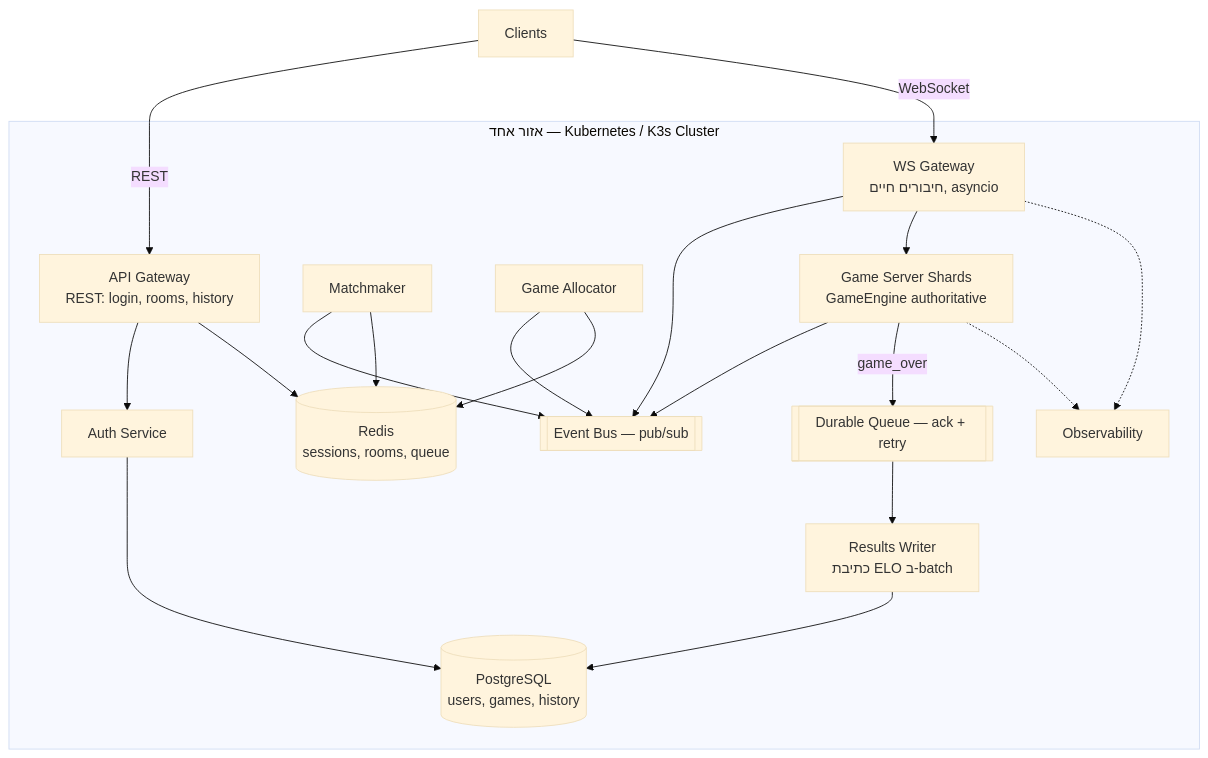
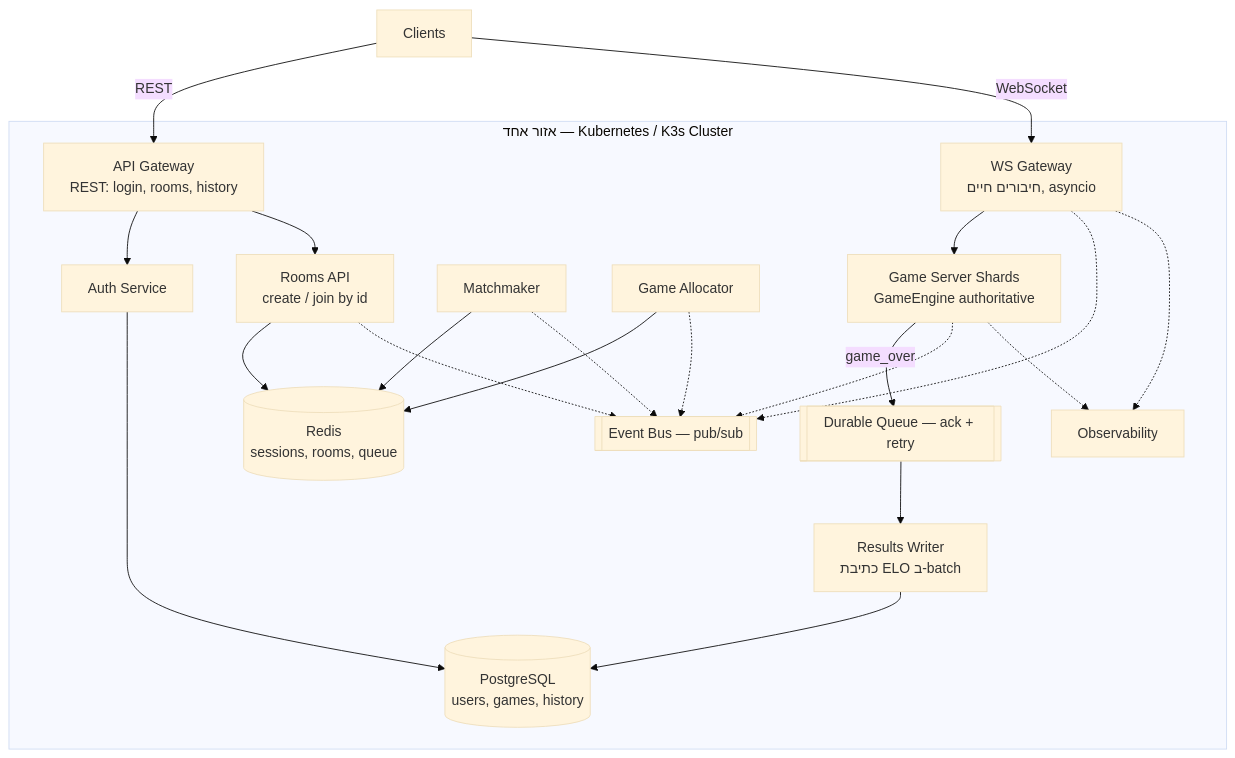
One commit to lea-zukerman/KF-Chess changed the diagram in Server_Design.md. Above: the diagram before and after it, drawn with Mermaid (base theme). The commit also changed other lines of this file, not shown here.

Commit message:
Server_Design: promote Rooms API to a real component, mark control paths
Rooms was inconsistent: 5.3 and the code mapping both referred to a
"Rooms API" that appeared in neither the diagram nor the component
table, so room handling was silently folded into the API Gateway. It is
now a component in its own right — box, table row, Redis registry with
TTL as its state — and the API Gateway is described as routing to Auth
and Rooms rather than handling rooms itself.

The diagram also drew every edge the same way, which hid the fact that
the event bus carries coordination rather than game data. Data flow is
now solid and control/coordination/monitoring is dashed, with a legend
under the diagram. Reading it, the game path is plainly WS to shards,
results go shards to queue to writer to Postgres, and everything
touching the bus is control.

````diff
--- a/Server_Design.md
+++ b/Server_Design.md
@@ -113,37 +113,41 @@
 ```mermaid
 flowchart TB
     C[Clients]
 
     subgraph region["אזור אחד — Kubernetes / K3s Cluster"]
         API[API Gateway<br/>REST: login, rooms, history]
         WS[WS Gateway<br/>חיבורים חיים, asyncio]
         AUTH[Auth Service]
+        ROOMS[Rooms API<br/>create / join by id]
         MM[Matchmaker]
         ALLOC[Game Allocator]
         BUS[[Event Bus — pub/sub]]
         MQ[[Durable Queue — ack + retry]]
         SHARDS[Game Server Shards<br/>GameEngine authoritative]
         RW[Results Writer<br/>כתיבת ELO ב-batch]
         PG[(PostgreSQL<br/>users, games, history)]
         RD[(Redis<br/>sessions, rooms, queue)]
         OBS[Observability]
     end
 
     C -->|REST| API
     C -->|WebSocket| WS
     API --> AUTH
+    API --> ROOMS
     AUTH --> PG
-    API --> RD
-    WS --> BUS
-    MM --> BUS
-    ALLOC --> BUS
-    SHARDS --> BUS
+    ROOMS --> RD
+    WS --> SHARDS
     SHARDS -->|game_over| MQ
     MQ --> RW
     RW --> PG
     MM --> RD
     ALLOC --> RD
-    WS --> SHARDS
+
+    WS -.-> BUS
+    MM -.-> BUS
+    ALLOC -.-> BUS
+    ROOMS -.-> BUS
+    SHARDS -.-> BUS
     SHARDS -.-> OBS
     WS -.-> OBS
 ```
````
